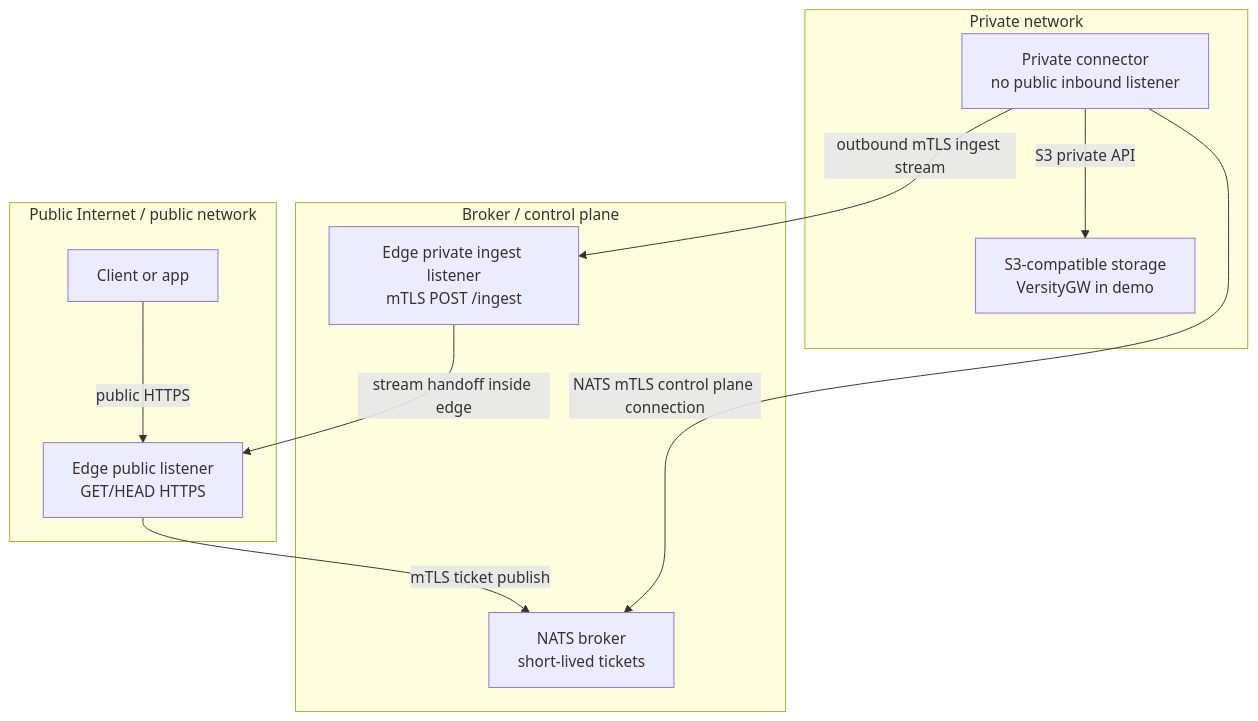
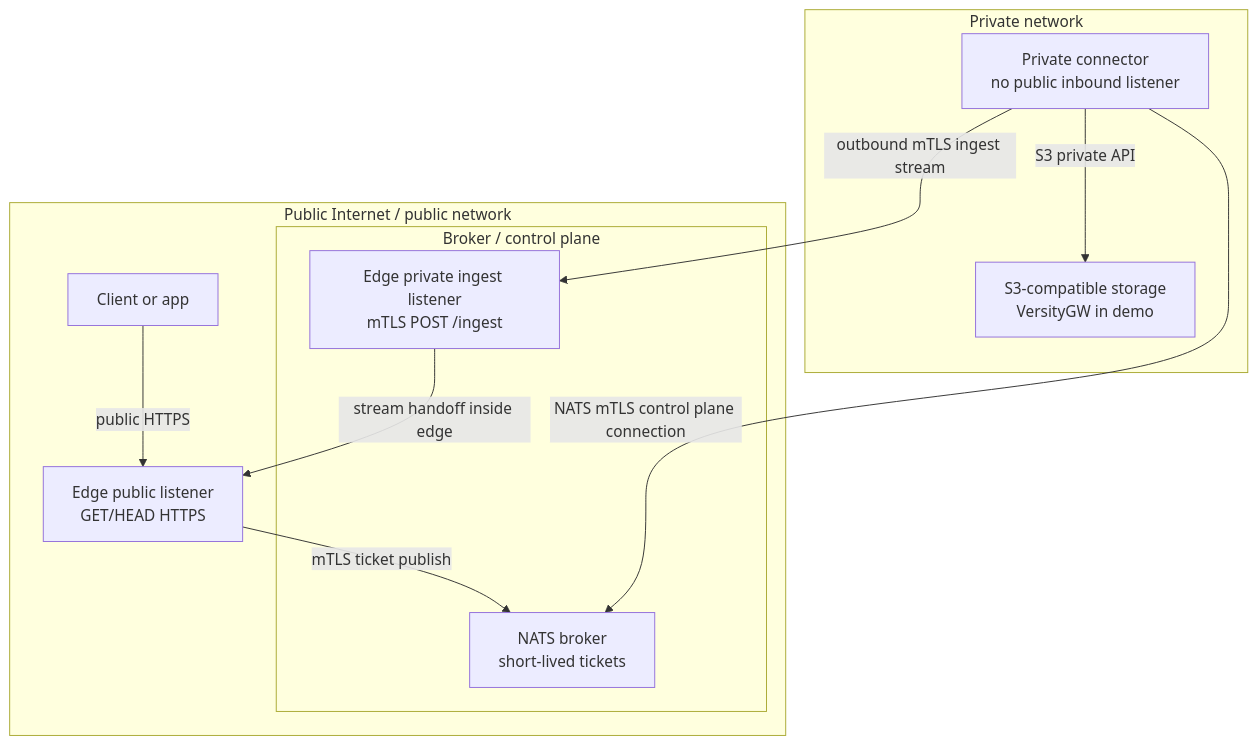
Before and after one commit to terion-name/air3: the second of 2 diagrams in README.md, drawn with Mermaid. The commit also changed other lines of this file and 1 other file, not shown here.

Commit message:
Fix documentation diagram flow

````diff
--- a/README.md
+++ b/README.md
@@ -43,24 +43,24 @@
 ```mermaid
 flowchart TB
     subgraph Public["Public Internet / public network"]
         Client["Client or app"]
         PublicEdge["Edge public listener\nGET/HEAD HTTPS"]
-    end
 
-    subgraph Broker["Broker / control plane"]
-        NATS["NATS broker\nshort-lived tickets"]
-        Ingest["Edge private ingest listener\nmTLS POST /ingest"]
+        subgraph Broker["Broker / control plane"]
+            NATS["NATS broker\nshort-lived tickets"]
+            Ingest["Edge private ingest listener\nmTLS POST /ingest"]
+        end
     end
 
     subgraph Private["Private network"]
         Connector["Private connector\nno public inbound listener"]
         S3["S3-compatible storage\nVersityGW in demo"]
     end
 
     Client -->|"public HTTPS"| PublicEdge
     PublicEdge -->|"mTLS ticket publish"| NATS
     Connector -->|"NATS mTLS control plane connection"| NATS
     Connector -->|"S3 private API"| S3
     Connector -->|"outbound mTLS ingest stream"| Ingest
     Ingest -->|"stream handoff inside edge"| PublicEdge
 ```
````
